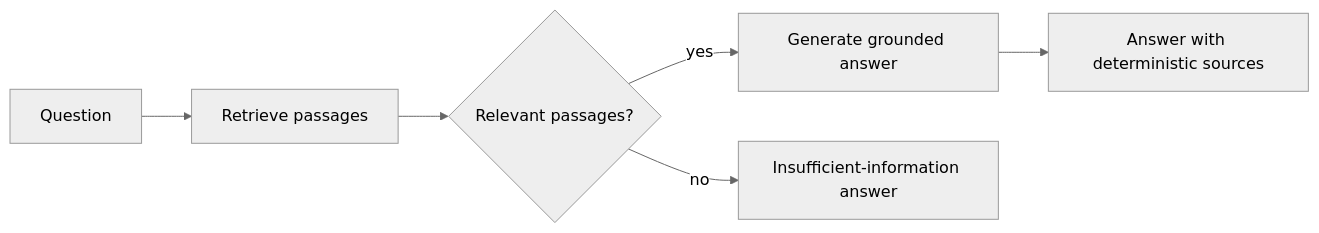
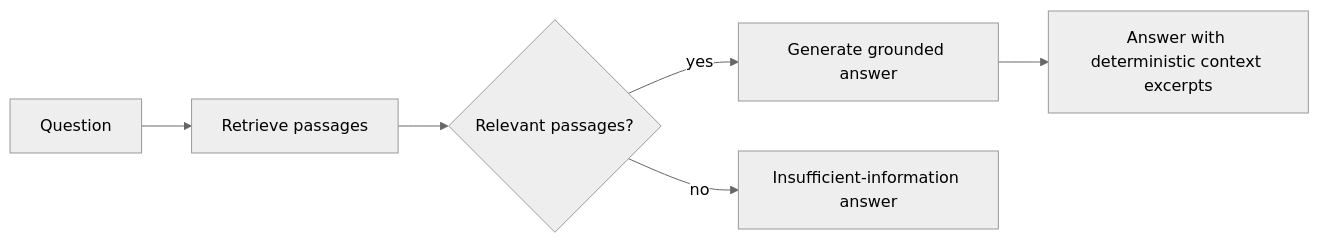
The second of 2 diagrams in docs/architecture.md (laszlokiss88/garden-center-api), drawn with Mermaid (neutral theme) before and after one commit. The commit also changed other lines of this file and 19 other files, not shown here.

````diff
--- a/docs/architecture.md
+++ b/docs/architecture.md
@@ -65,8 +65,8 @@
 ```mermaid
 flowchart LR
     Q[Question] --> R[Retrieve passages]
     R --> C{Relevant passages?}
     C -->|yes| G[Generate grounded answer]
     C -->|no| I[Insufficient-information answer]
-    G --> A[Answer with deterministic sources]
+    G --> A[Answer with deterministic context excerpts]
 ```
````
